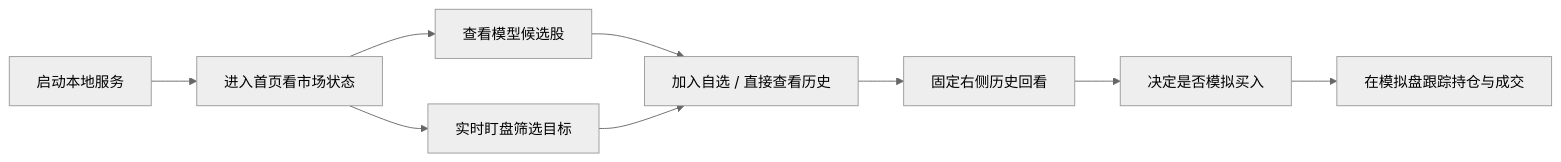
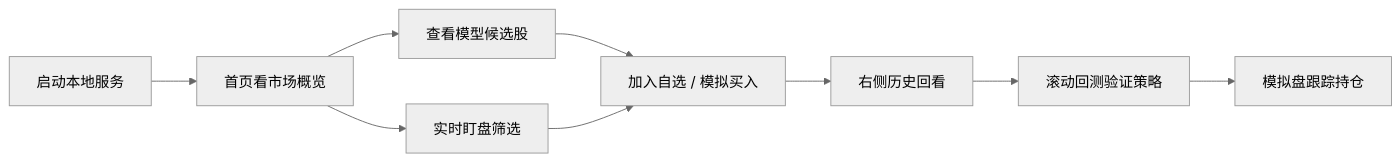
Before and after one commit to Lominih/Agu: the diagram in README.md, drawn with Mermaid (neutral theme). The commit also changed other lines of this file, not shown here.

````diff
--- a/README.md
+++ b/README.md
@@ -46,11 +53,11 @@
 ```mermaid
 flowchart LR
-    A["启动本地服务"] --> B["进入首页看市场状态"]
+    A["启动本地服务"] --> B["首页看市场概览"]
     B --> C["查看模型候选股"]
-    B --> D["实时盯盘筛选目标"]
-    C --> E["加入自选 / 直接查看历史"]
+    B --> D["实时盯盘筛选"]
+    C --> E["加入自选 / 模拟买入"]
     D --> E
-    E --> F["固定右侧历史回看"]
-    F --> G["决定是否模拟买入"]
-    G --> H["在模拟盘跟踪持仓与成交"]
+    E --> F["右侧历史回看"]
+    F --> G["滚动回测验证策略"]
+    G --> H["模拟盘跟踪持仓"]
 ```
````
